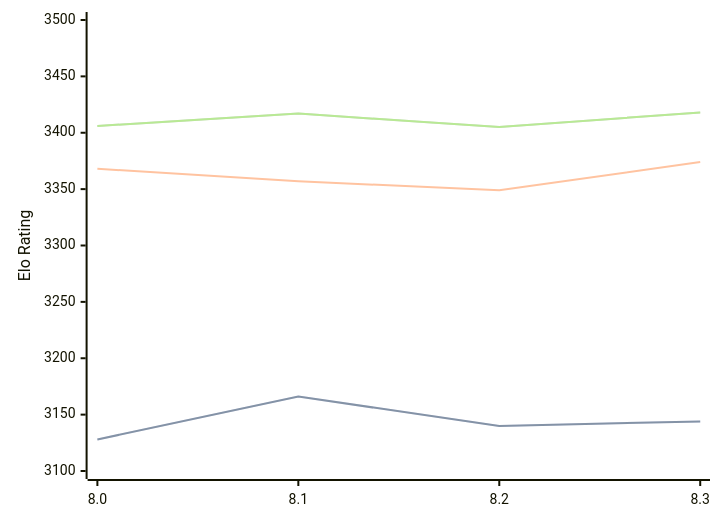
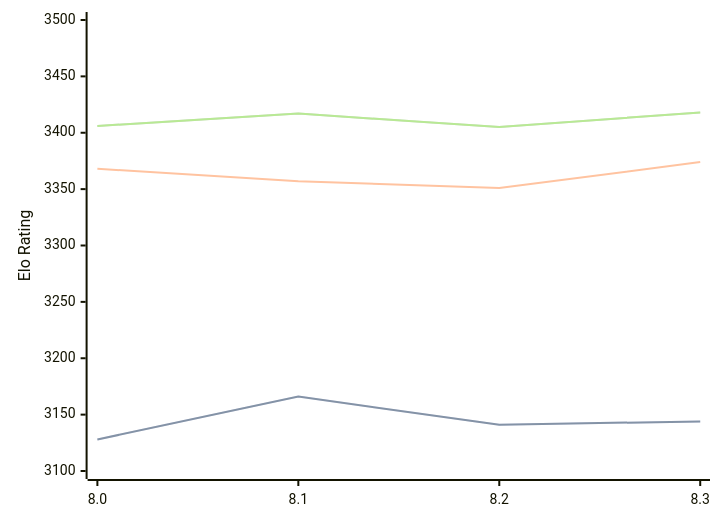
Before and after one commit to computer-chess-index/cci: the diagram in engines/Alexander.md, drawn with Mermaid. The commit also changed other lines of this file, not shown here.

````diff
--- a/engines/Alexander.md
+++ b/engines/Alexander.md
@@ -48,11 +48,11 @@
 ```mermaid
 %%{init: {"theme":"base","themeVariables":{"seriesColors:['#a3a3a3','#222221','#faa371']}}}%%
 xychart-beta
   x-axis ["8.0", "8.1", "8.2", "8.3"]
   y-axis "Elo Rating" 3100 --> 3500
-  line "STC (8.0+0.08s)" [3128, 3166, 3140, 3144]
-  line "STC (8.0+0.08s)" [3128, 3166, 3140, 3144]
-  line "LTC (60.0+0.60s)" [3368, 3357, 3349, 3374]
+  line "STC (8.0+0.08s)" [3128, 3166, 3141, 3144]
+  line "STC (8.0+0.08s)" [3128, 3166, 3141, 3144]
+  line "LTC (60.0+0.60s)" [3368, 3357, 3351, 3374]
   line "VLTC (2m24s+1.12s)" [3406, 3417, 3405, 3418]
   line "VLTC (2m24s+1.12s)" [3406, 3417, 3405, 3418]
 ```
````
